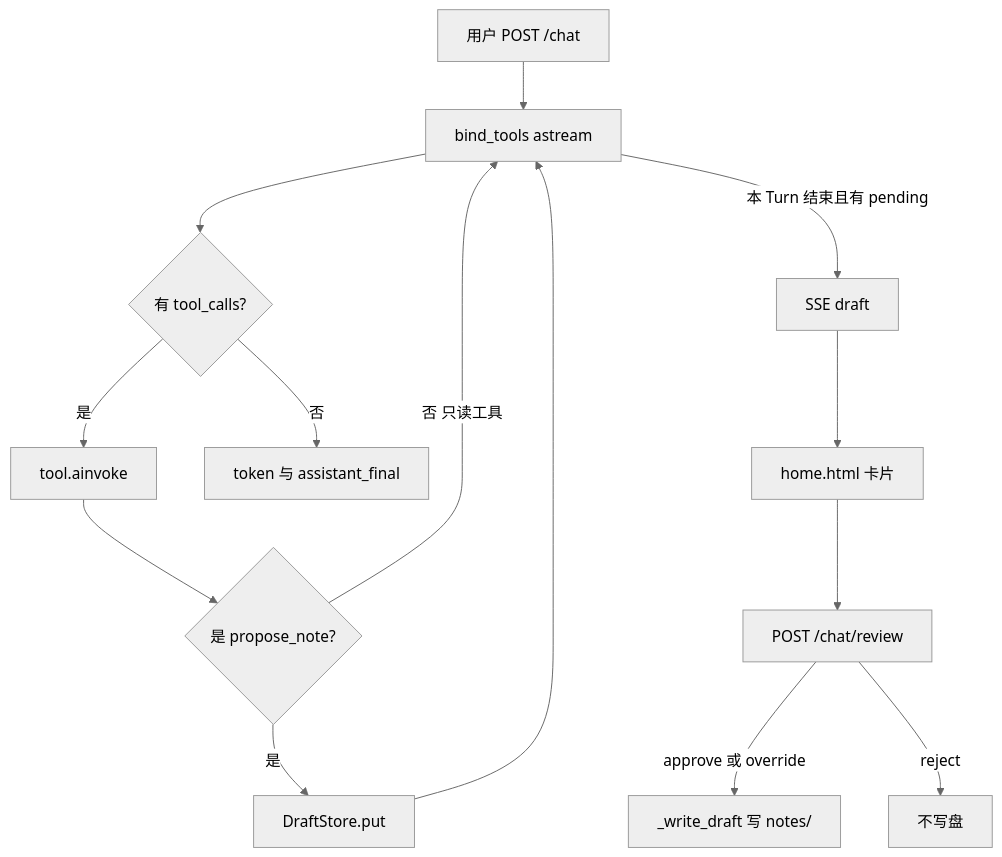
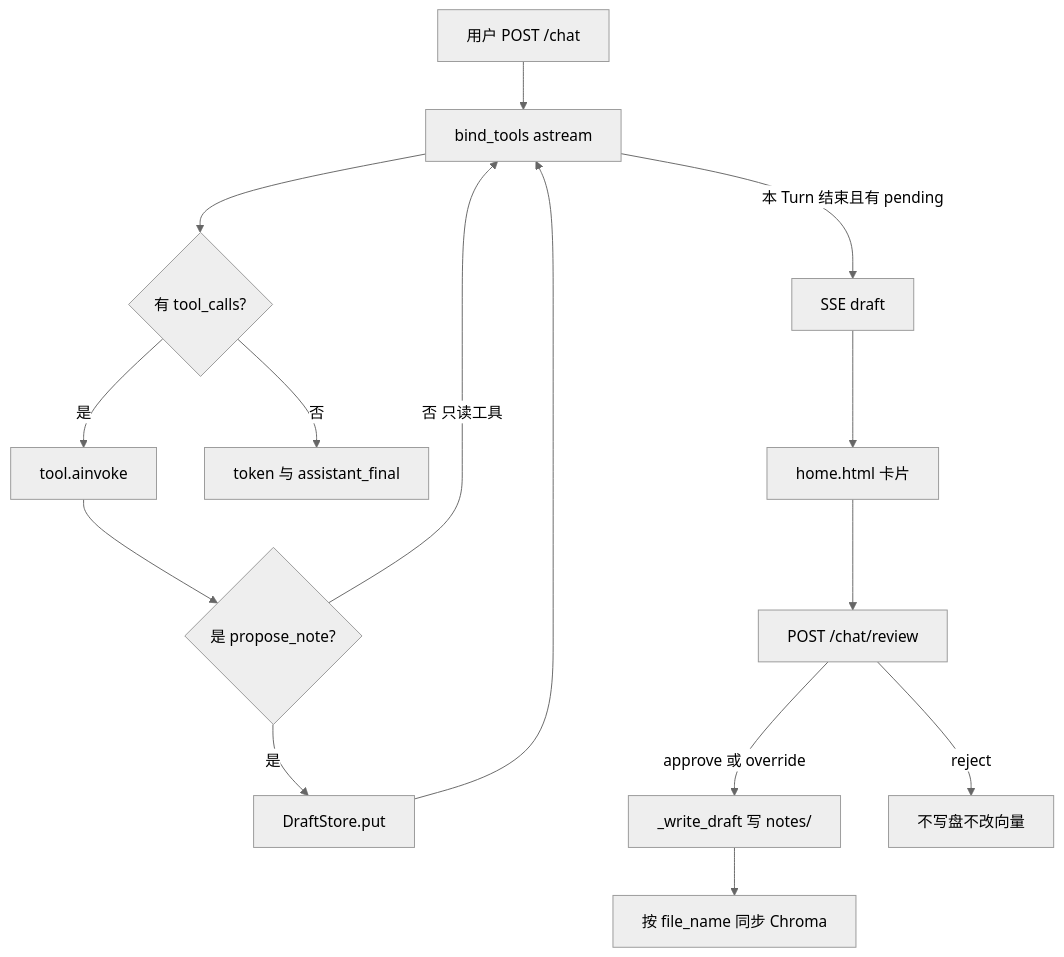
Before and after one commit to meantrick11/NoteAgent: the diagram in docs/architecture/chat-tools.md, drawn with Mermaid (neutral theme). The commit also changed other lines of this file and 39 other files, not shown here.

Commit message:
finished the RAG procedure,you can see more details in docs/architecture/retrieval.md & added the roadmap in the future version

````diff
--- a/docs/architecture/chat-tools.md
+++ b/docs/architecture/chat-tools.md
@@ -31,22 +31,23 @@
 ```mermaid
 flowchart TD
   user[用户 POST /chat]
   hop[bind_tools astream]
   noTool{有 tool_calls?}
   invoke[tool.ainvoke]
   propose{是 propose_note?}
   draft[DraftStore.put]
   reply[token 与 assistant_final]
   sse[SSE draft]
   card[home.html 卡片]
   review[POST /chat/review]
   disk[_write_draft 写 notes/]
   user --> hop --> noTool
   noTool -->|否| reply
   noTool -->|是| invoke --> propose
   propose -->|否 只读工具| hop
   propose -->|是| draft --> hop
   hop -->|本 Turn 结束且有 pending| sse --> card --> review
   review -->|approve 或 override| disk
-  review -->|reject| drop[不写盘]
+  disk --> chroma[按 file_name 同步 Chroma]
+  review -->|reject| drop[不写盘不改向量]
 ```
````
